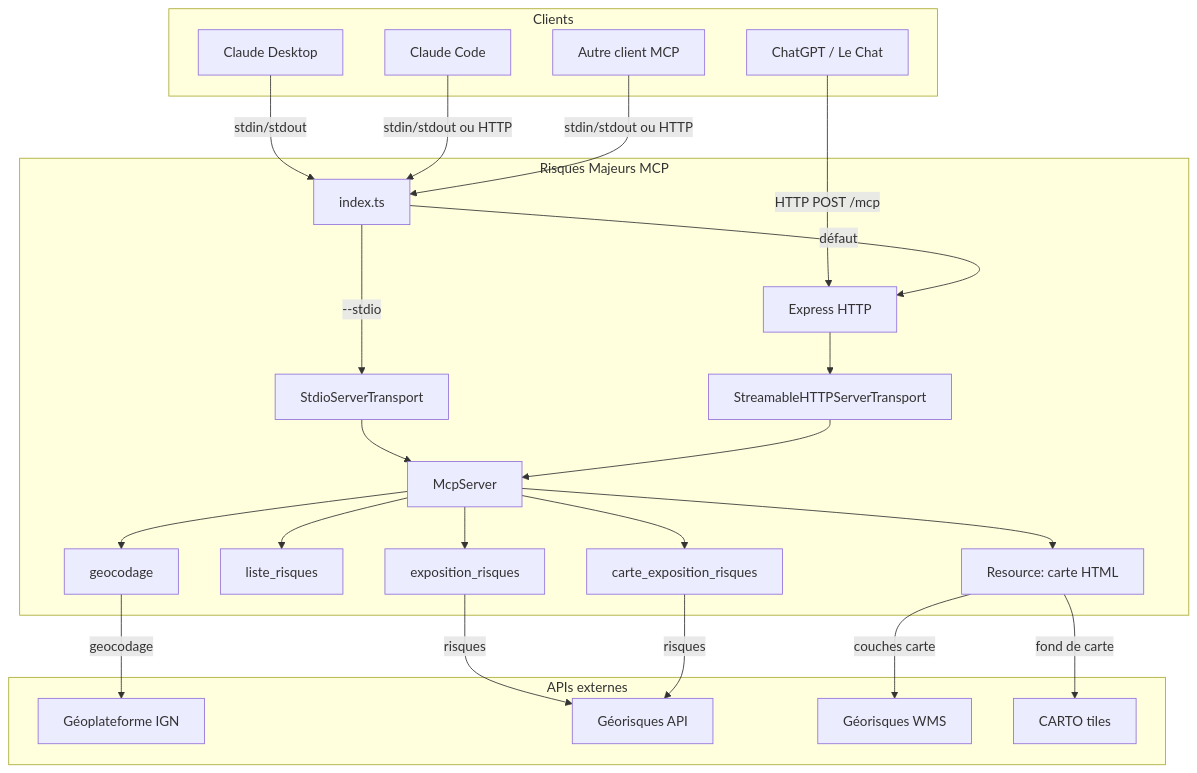
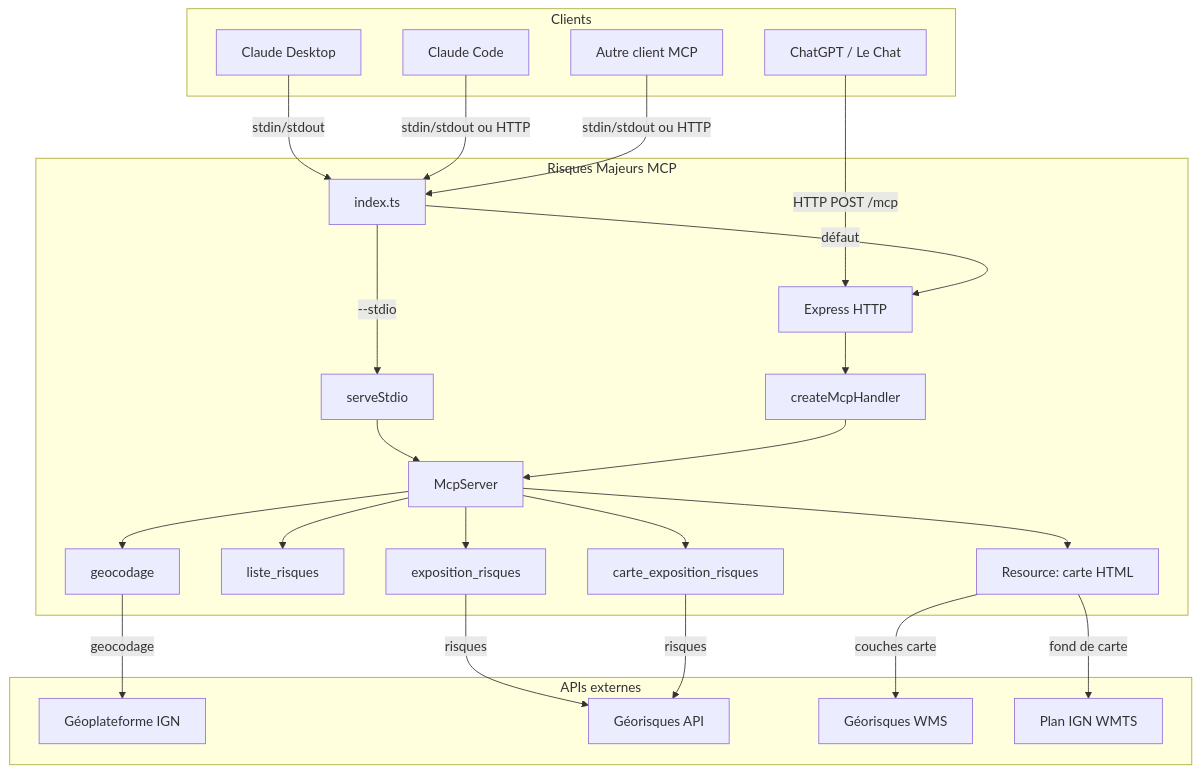
The first of 4 diagrams in documentation/docs/architecture.mdx (MAIF/risques-majeurs-mcp), drawn with Mermaid before and after one commit. The commit also changed other lines of this file and 9 other files, not shown here.

Commit message:
update docs: 2026-07-28 transport, npm 12 install flag, georisques changes, IGN basemap

````diff
--- a/documentation/docs/architecture.mdx
+++ b/documentation/docs/architecture.mdx
@@ -13,45 +15,45 @@
 ```mermaid
 flowchart TB
     subgraph Clients
         CD[Claude Desktop]
         CC[Claude Code]
         CG[ChatGPT / Le Chat]
         AC[Autre client MCP]
     end
 
     subgraph "Risques Majeurs MCP"
         IDX[index.ts]
-        STDIO[StdioServerTransport]
+        STDIO[serveStdio]
         EX[Express HTTP]
-        TR[StreamableHTTPServerTransport]
+        TR[createMcpHandler]
         SRV[McpServer]
         T1[geocodage]
         T2[liste_risques]
         T3[exposition_risques]
         T4[carte_exposition_risques]
         RES[Resource: carte HTML]
     end
 
     subgraph "APIs externes"
         IGN[Géoplateforme IGN]
         GR[Géorisques API]
         WMS[Géorisques WMS]
-        CARTO[CARTO tiles]
+        PLAN[Plan IGN WMTS]
     end
 
     CD -->|stdin/stdout| IDX
     CC -->|stdin/stdout ou HTTP| IDX
     CG -->|HTTP POST /mcp| EX
     AC -->|stdin/stdout ou HTTP| IDX
     EX --> TR
     IDX -->|--stdio| STDIO
     IDX -->|défaut| EX
     STDIO --> SRV
     TR --> SRV
     SRV --> T1 & T2 & T3 & T4
     SRV --> RES
     T1 -->|geocodage| IGN
     T3 & T4 -->|risques| GR
     RES -->|couches carte| WMS
-    RES -->|fond de carte| CARTO
+    RES -->|fond de carte| PLAN
 ```
````
